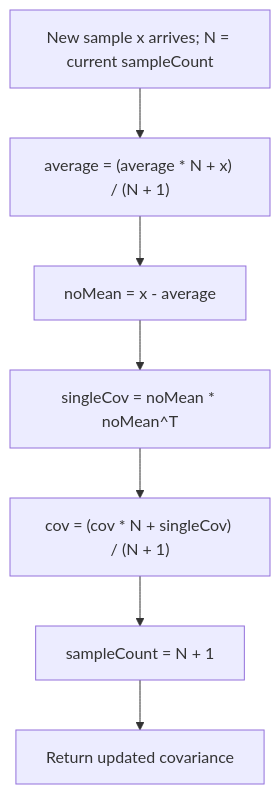
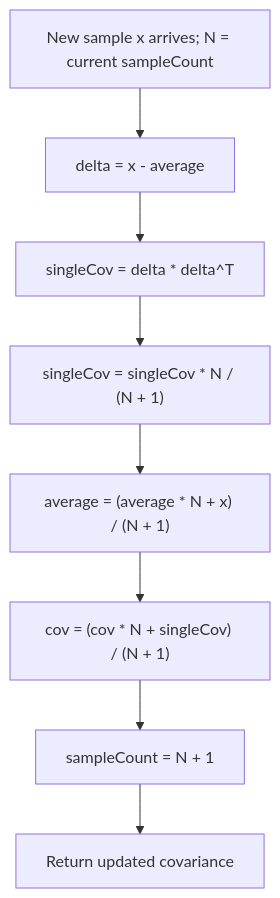
Before and after one commit to albertoirurueta/irurueta-numerical: the diagram in docs/modules/ROOT/pages/algorithms/measurement-noise-covariance-estimation.adoc, drawn with Mermaid. The commit also changed other lines of this file and 3 other files, not shown here.

```diff
--- a/docs/modules/ROOT/pages/algorithms/measurement-noise-covariance-estimation.adoc
+++ b/docs/modules/ROOT/pages/algorithms/measurement-noise-covariance-estimation.adoc
@@ -50,10 +49,11 @@
 [mermaid]
 ....
 flowchart TD
-    A["New sample x arrives; N = current sampleCount"] --> B["average = (average * N + x) / (N + 1)"]
-    B --> C["noMean = x - average"]
-    C --> D["singleCov = noMean * noMean^T"]
-    D --> E["cov = (cov * N + singleCov) / (N + 1)"]
-    E --> F["sampleCount = N + 1"]
-    F --> G["Return updated covariance"]
+    A["New sample x arrives; N = current sampleCount"] --> B["delta = x - average"]
+    B --> C["singleCov = delta * delta^T"]
+    C --> D["singleCov = singleCov * N / (N + 1)"]
+    D --> E["average = (average * N + x) / (N + 1)"]
+    E --> F["cov = (cov * N + singleCov) / (N + 1)"]
+    F --> G["sampleCount = N + 1"]
+    G --> H["Return updated covariance"]
 ....
```
